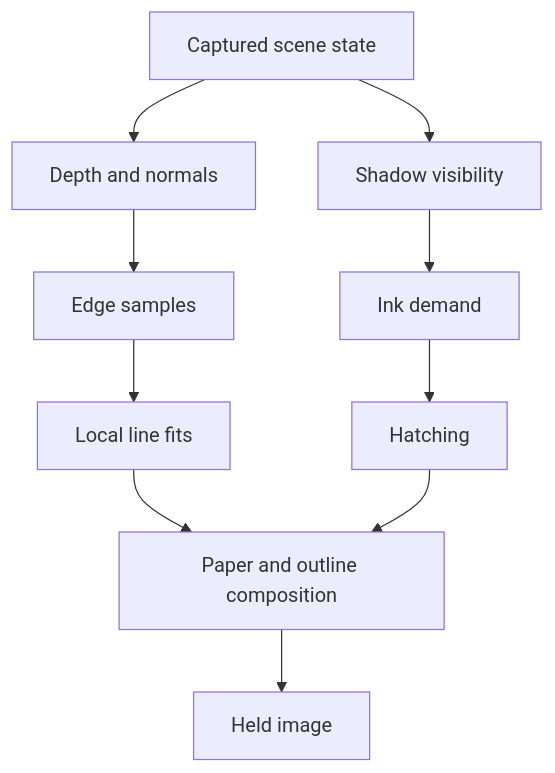
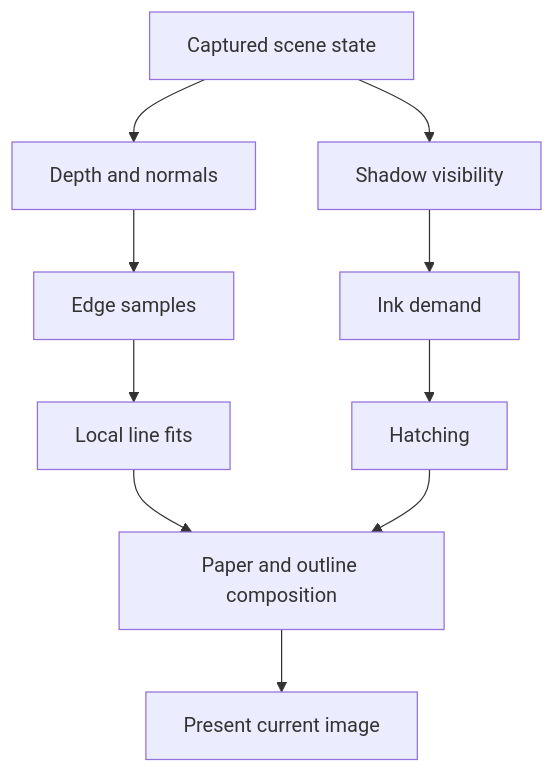
Before and after one commit to otdavies/sketchy: the diagram in docs/pipeline.md, drawn with Mermaid. The commit also changed other lines of this file and 27 other files, not shown here.

````diff
--- a/docs/pipeline.md
+++ b/docs/pipeline.md
@@ -5,12 +5,12 @@
 ```mermaid
 flowchart TD
     State[Captured scene state] --> Depth[Depth and normals]
     State --> Shadow[Shadow visibility]
     Depth --> Seeds[Edge samples]
     Seeds --> Fit[Local line fits]
     Shadow --> Tone[Ink demand]
     Tone --> Hatch[Hatching]
     Fit --> Compose[Paper and outline composition]
     Hatch --> Compose
-    Compose --> Hold[Held image]
+    Compose --> Present[Present current image]
 ```
````
